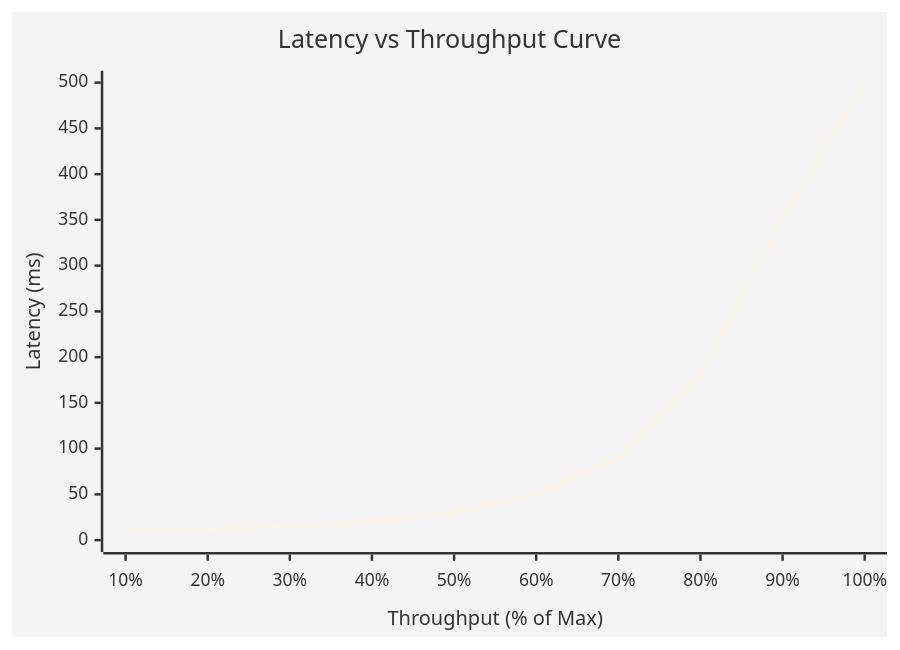
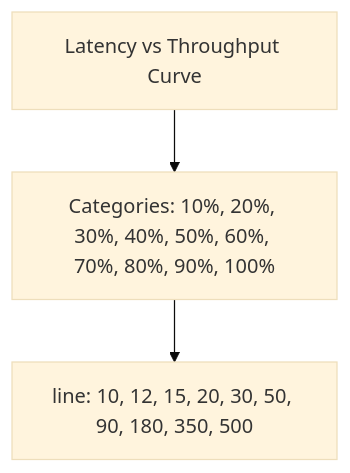
One commit to shivaram0583/system-design changed the third of 10 diagrams in 01-fundamentals/04-latency-vs-throughput.md. Above: the diagram before and after it, drawn with Mermaid (base theme). The commit also changed other lines of this file and 64 other files, not shown here.

````diff
--- a/01-fundamentals/04-latency-vs-throughput.md
+++ b/01-fundamentals/04-latency-vs-throughput.md
@@ -123,7 +124,8 @@
 ```mermaid
-xychart-beta
-    title "Latency vs Throughput Curve"
-    x-axis "Throughput (% of Max)" ["10%", "20%", "30%", "40%", "50%", "60%", "70%", "80%", "90%", "100%"]
-    y-axis "Latency (ms)" 0 --> 500
-    line [10, 12, 15, 20, 30, 50, 90, 180, 350, 500]
+flowchart TB
+    T["Latency vs Throughput Curve"]
+    C["Categories: 10%, 20%, 30%, 40%, 50%, 60%, 70%, 80%, 90%, 100%"]
+    T --> C
+    S0["line: 10, 12, 15, 20, 30, 50, 90, 180, 350, 500"]
+    C --> S0
 ```
````
